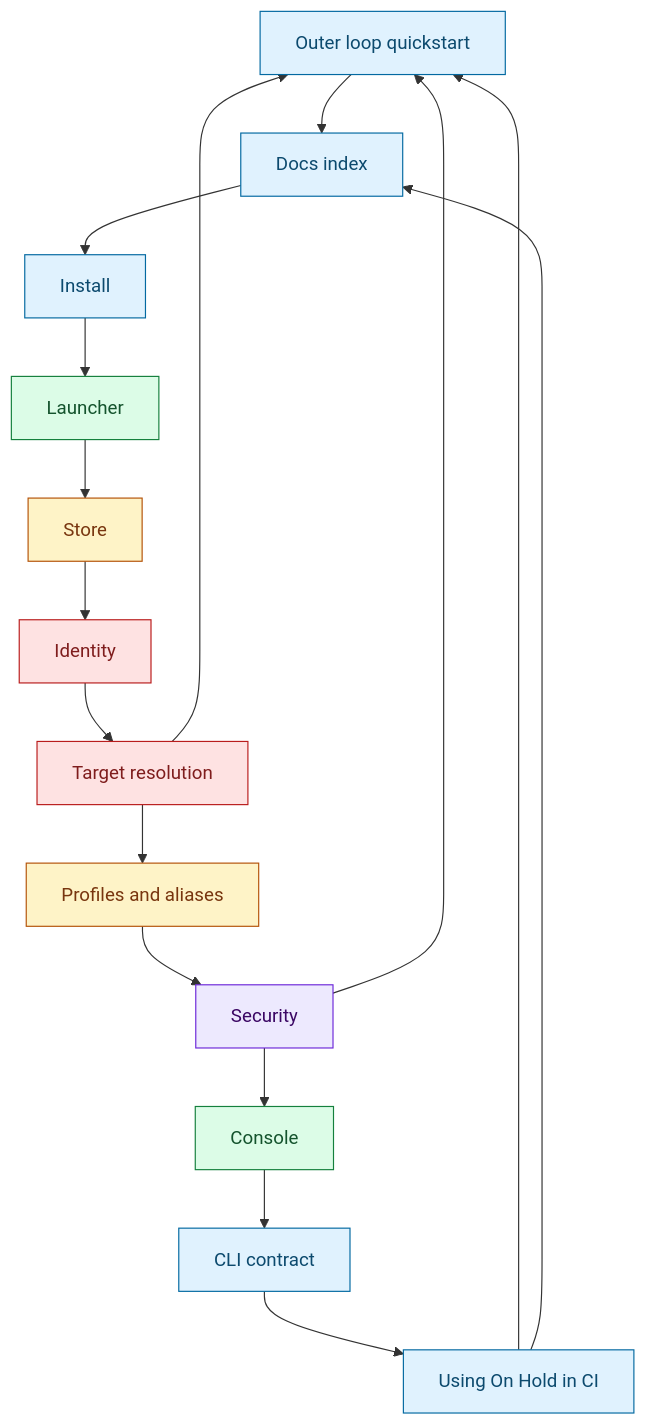
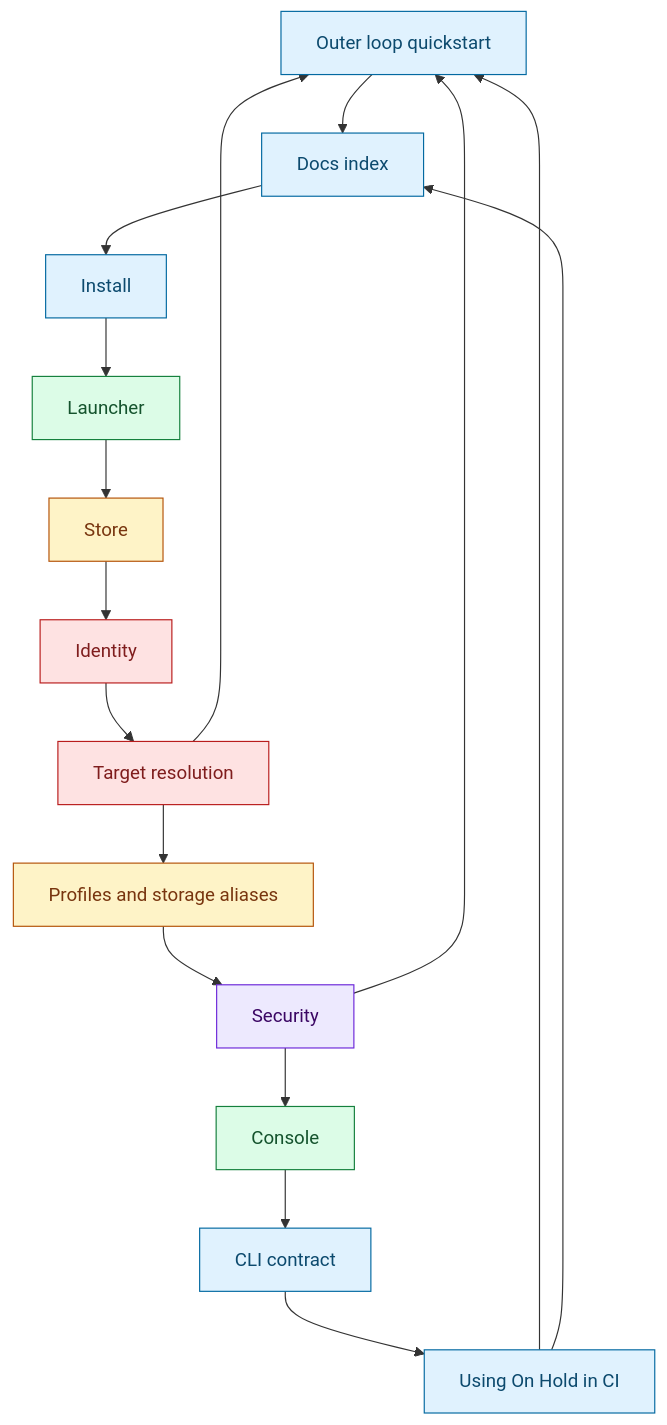
The third of 3 diagrams in docs/index.md (RchGrav/HoldOn), drawn with Mermaid before and after one commit. The commit also changed other lines of this file and 14 other files, not shown here.

````diff
--- a/docs/index.md
+++ b/docs/index.md
@@ -106,29 +106,29 @@
 ```mermaid
 flowchart TD
     Quick["Outer loop quickstart"] --> Index["Docs index"]
     Index --> Install["Install"]
     Install --> Launcher["Launcher"]
     Launcher --> Store["Store"]
     Store --> Identity["Identity"]
     Identity --> Target["Target resolution"]
-    Target --> Profiles["Profiles and aliases"]
+    Target --> Profiles["Profiles and storage aliases"]
     Profiles --> Security["Security"]
     Security --> Console["Console"]
     Console --> CLI["CLI contract"]
     CLI --> CI["Using On Hold in CI"]
     CI --> Quick
     CI --> Index
     Target --> Quick
     Security --> Quick
 
     classDef user fill:#e0f2fe,stroke:#0369a1,color:#0c4a6e
     classDef launch fill:#dcfce7,stroke:#15803d,color:#14532d
     classDef state fill:#fef3c7,stroke:#b45309,color:#78350f
     classDef safety fill:#fee2e2,stroke:#b91c1c,color:#7f1d1d
     classDef privilege fill:#ede9fe,stroke:#6d28d9,color:#3b0764
     class Quick,Index,Install,CLI,CI user
     class Launcher,Console launch
     class Store,Profiles state
     class Identity,Target safety
     class Security privilege
 ```
````
